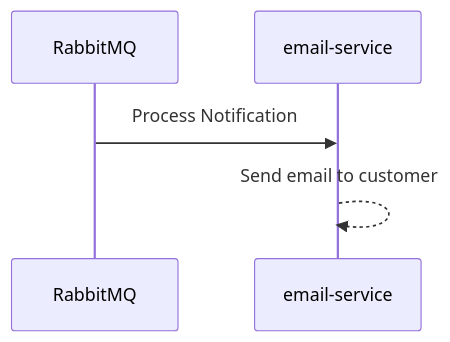
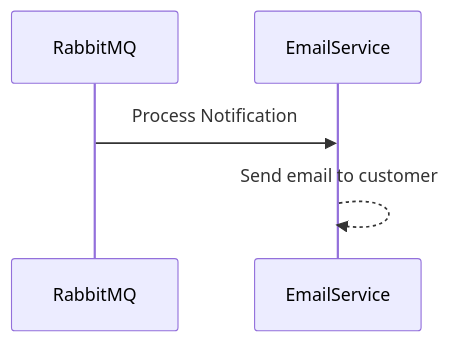
The seventh of 7 diagrams in documents/FLOWS.md (sevketbuyukdemir/microservices), drawn with Mermaid before and after one commit. The commit also changed other lines of this file and 2 other files, not shown here.

Commit message:
MICROSERVICES-24 - Architecture document is added. Flows document is updated.

````diff
--- a/documents/FLOWS.md
+++ b/documents/FLOWS.md
@@ -132,8 +131,8 @@
 ```mermaid
 sequenceDiagram
     participant MQ as RabbitMQ
-    participant ES as email-service
+    participant ES as EmailService
 
     MQ->>ES: Process Notification
     ES-->>ES: Send email to customer
 ```
````
